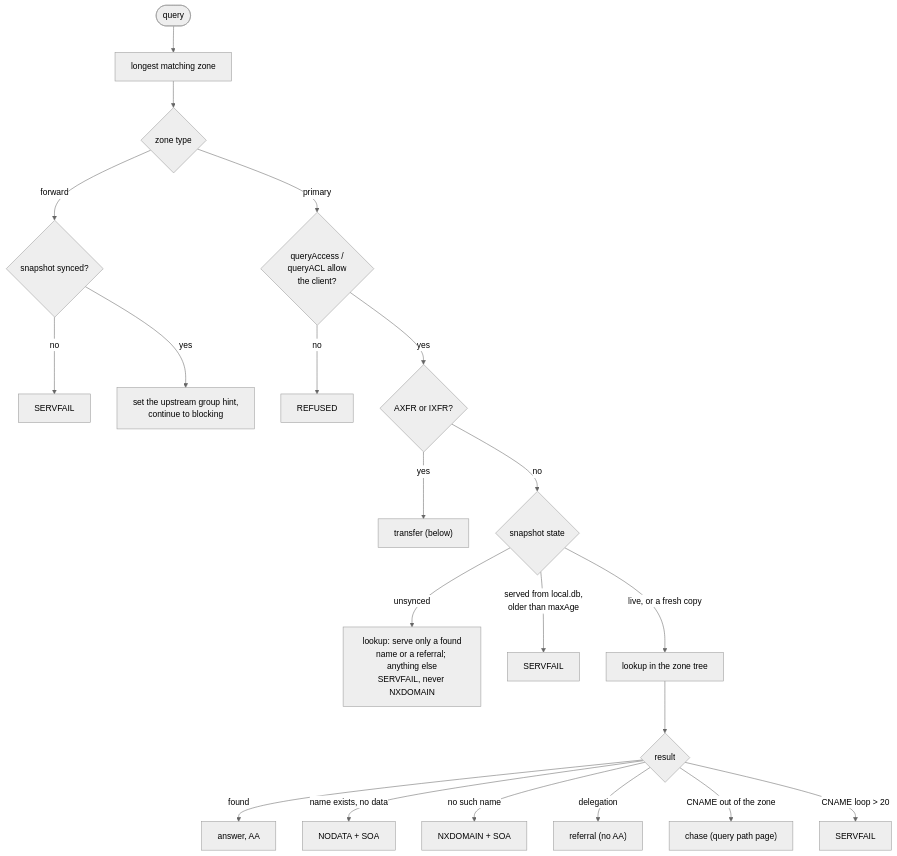
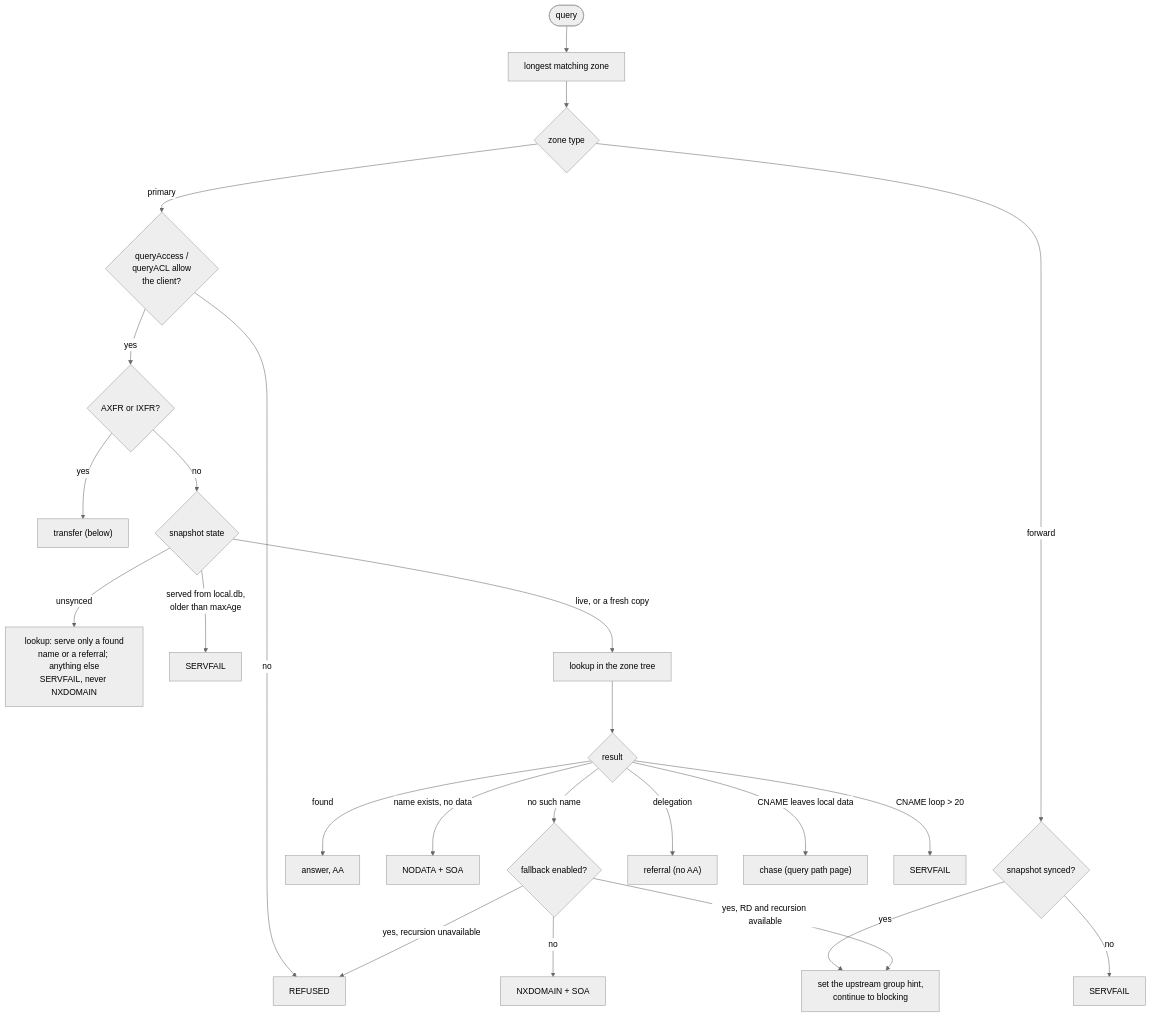
The second of 3 diagrams in docs/architecture/zones.md (robertherbaugh/kudurru), drawn with Mermaid (neutral theme) before and after one commit. The commit also changed other lines of this file and 29 other files, not shown here.

Commit message:
feat(dns): add missing-name fallback for local zones

````diff
--- a/docs/architecture/zones.md
+++ b/docs/architecture/zones.md
@@ -58,23 +60,26 @@
 ```mermaid
 flowchart TD
     Q(["query"]) --> M["longest matching zone"]
     M --> T{"zone type"}
     T -- "forward" --> FS{"snapshot synced?"}
     FS -- "no" --> SF0["SERVFAIL"]
     FS -- "yes" --> FW["set the upstream group hint,<br/>continue to blocking"]
     T -- "primary" --> ACL{"queryAccess /<br/>queryACL allow<br/>the client?"}
     ACL -- "no" --> REF["REFUSED"]
     ACL -- "yes" --> XFR{"AXFR or IXFR?"}
     XFR -- "yes" --> TR["transfer (below)"]
     XFR -- "no" --> GATE{"snapshot state"}
     GATE -- "unsynced" --> UNS["lookup: serve only a found<br/>name or a referral; anything else<br/>SERVFAIL, never NXDOMAIN"]
     GATE -- "served from local.db,<br/>older than maxAge" --> SF2["SERVFAIL"]
     GATE -- "live, or a fresh copy" --> LK["lookup in the zone tree"]
     LK --> ANS{"result"}
     ANS -- "found" --> A1["answer, AA"]
     ANS -- "name exists, no data" --> A2["NODATA + SOA"]
-    ANS -- "no such name" --> A3["NXDOMAIN + SOA"]
+    ANS -- "no such name" --> FB{"fallback enabled?"}
+    FB -- "no" --> A3["NXDOMAIN + SOA"]
+    FB -- "yes, RD and recursion available" --> FW
+    FB -- "yes, recursion unavailable" --> REF
     ANS -- "delegation" --> A4["referral (no AA)"]
-    ANS -- "CNAME out of the zone" --> A5["chase (query path page)"]
+    ANS -- "CNAME leaves local data" --> A5["chase (query path page)"]
     ANS -- "CNAME loop > 20" --> A6["SERVFAIL"]
 ```
````
